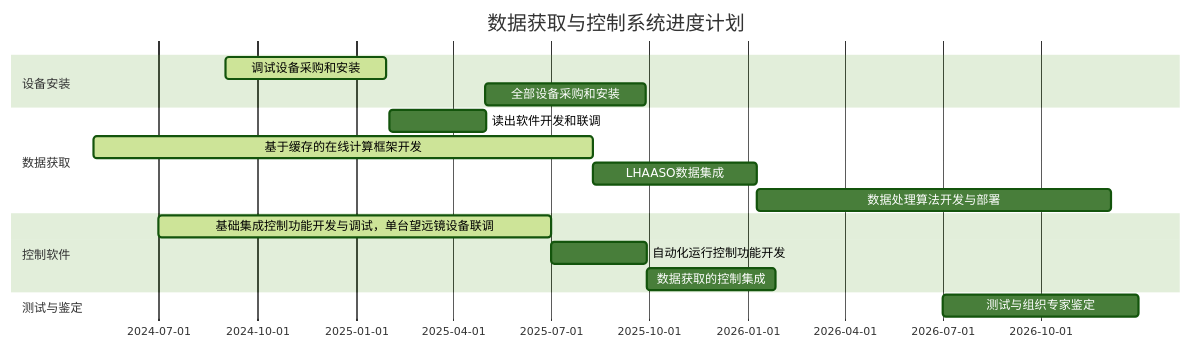
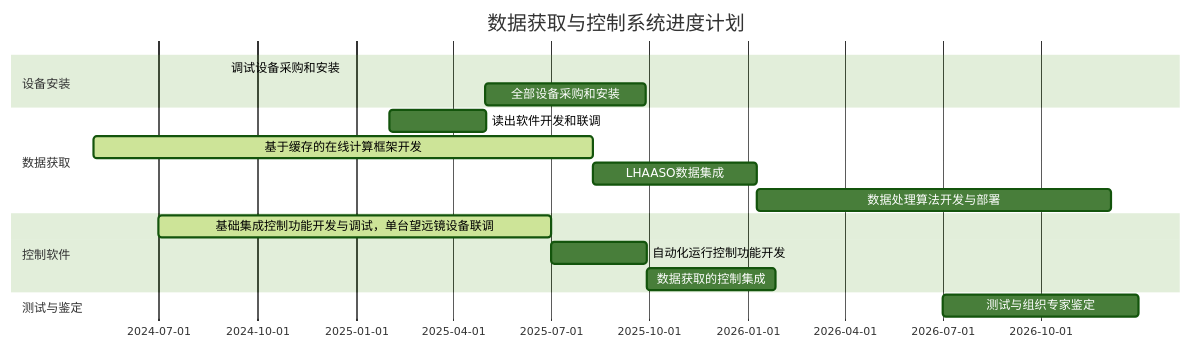
Before and after one commit to gumh/iodraw-files: the diagram in all/未命名-1.md, drawn with Mermaid (forest theme).

Commit message:
2025-01-19 14:00:47 update

````diff
--- a/all/未命名-1.md
+++ b/all/未命名-1.md
@@ -1,21 +1,21 @@
 ```mermaid
 gantt
     title 数据获取与控制系统进度计划
     dateFormat YYYY-MM-DD
     todayMarker stroke-width:5px,stroke:#0f0,opacity:0.5
     
     section 设备安装
-    调试设备采购和安装 :active, 2024-09-01, 150d
+    调试设备采购和安装 :active, 2024-09-01, 2024
     全部设备采购和安装 :2025-05-01, 150d
     section 数据获取
     读出软件开发和联调 :2025-02-01, 90d
     基于缓存的在线计算框架开发 :active, b2, 2024-05-01, 465d
     LHAASO数据集成 :b3, after b2, 153d
     数据处理算法开发与部署 :after b3, 330d
     section 控制软件
     基础集成控制功能开发与调试，单台望远镜设备联调 :active, c1, 2024-07-01, 365d
     自动化运行控制功能开发 :c2, after c1, 90d
     数据获取的控制集成 :c3, after c2, 120d
     section 测试与鉴定
     测试与组织专家鉴定 :2026-07-01, 2026-12-31
 ```
````
